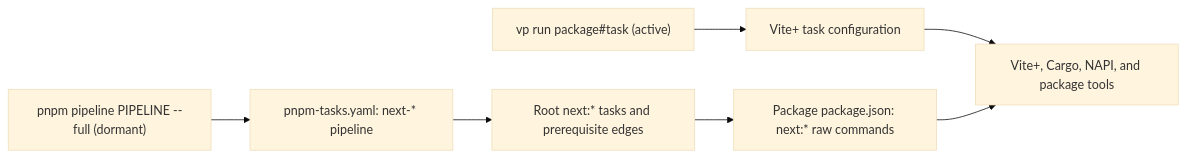
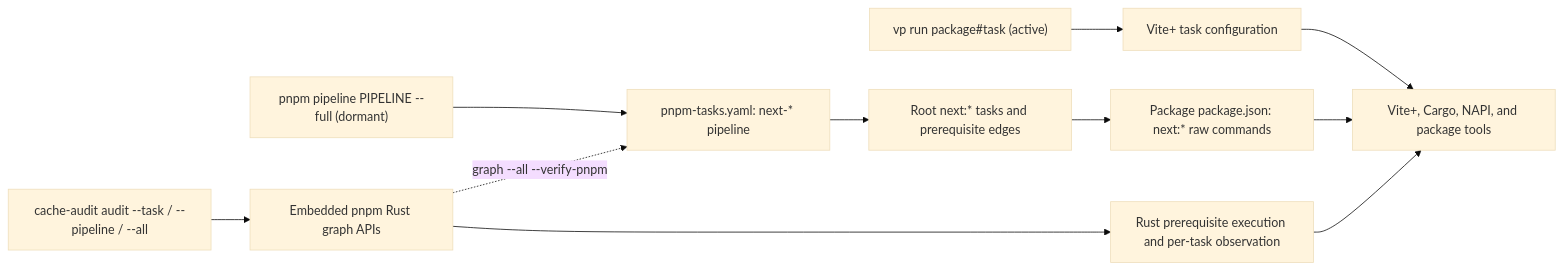
The first of 2 diagrams in CONTRIBUTING.md (atlowChemi/vite-svg-2-webfont), drawn with Mermaid (base theme) before and after one commit. The commit also changed other lines of this file and 32 other files, not shown here.

Commit message:
feat(ci): add Rust filesystem cache auditor

````diff
--- a/CONTRIBUTING.md
+++ b/CONTRIBUTING.md
@@ -68,9 +69,13 @@
 ```mermaid
 flowchart LR
     active["vp run package#task (active)"] --> vite["Vite+ task configuration"]
     vite --> tools["Vite+, Cargo, NAPI, and package tools"]
     next["pnpm pipeline PIPELINE --full (dormant)"] --> pipeline["pnpm-tasks.yaml: next-* pipeline"]
     pipeline --> tasks["Root next:* tasks and prerequisite edges"]
     tasks --> scripts["Package package.json: next:* raw commands"]
     scripts --> tools
+    audit["cache-audit audit --task / --pipeline / --all"] --> rust["Embedded pnpm Rust graph APIs"]
+    rust --> execution["Rust prerequisite execution and per-task observation"]
+    execution --> tools
+    rust -. "graph --all --verify-pnpm" .-> pipeline
 ```
````
